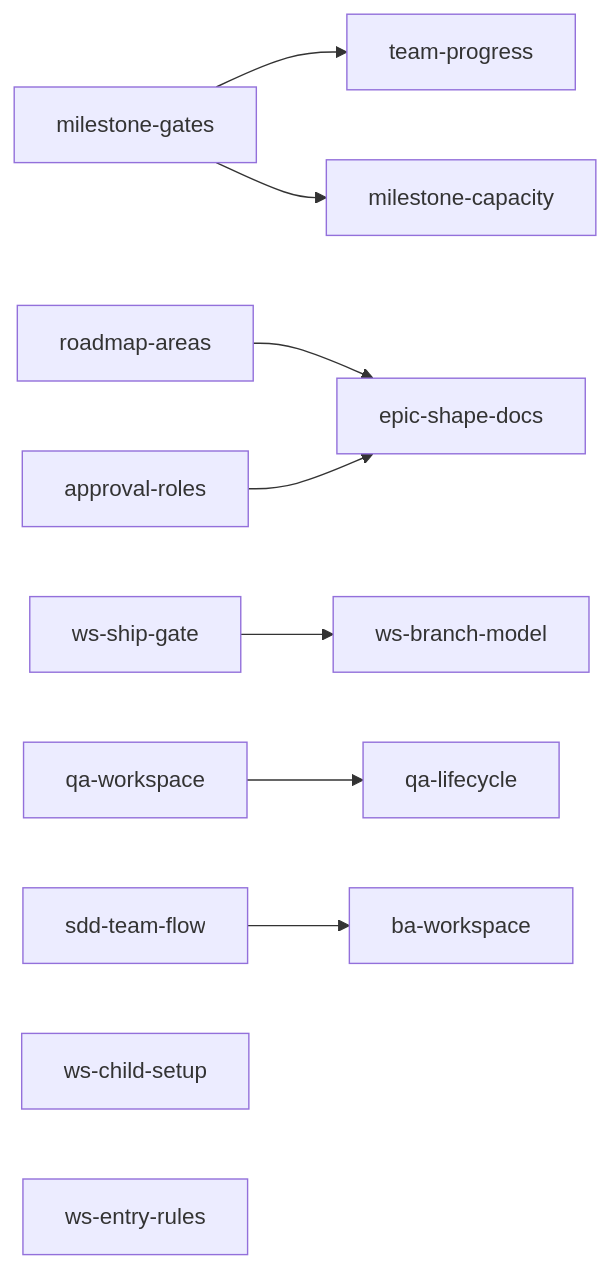
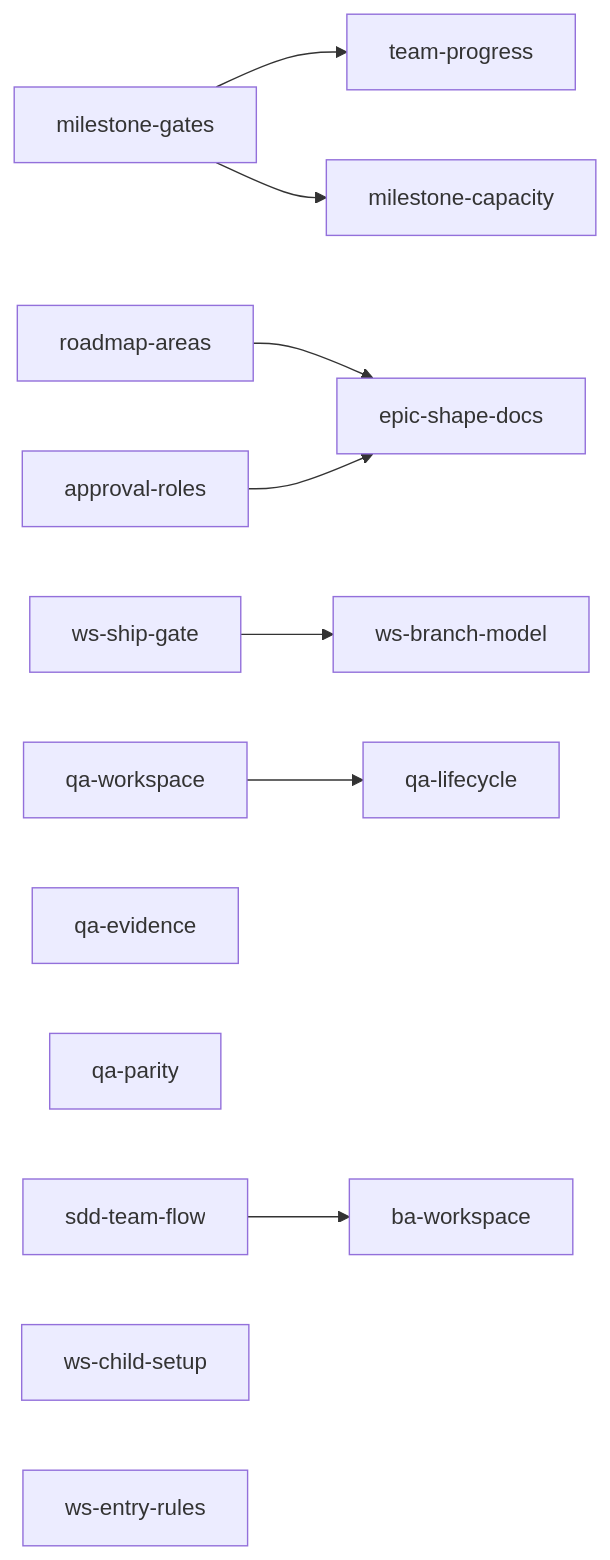
One commit to giangdhwhtbr/gin-workflow changed the diagram in .planning/roadmap.md. Above: the diagram before and after it, drawn with Mermaid. The commit also changed other lines of this file, not shown here.

Commit message:
docs(roadmap): qa-evidence and qa-parity epics; ws-branch-model takes BE-LEAD-13/16; qa-lifecycle as shipped

````diff
--- a/.planning/roadmap.md
+++ b/.planning/roadmap.md
@@ -48,12 +48,14 @@
 ```mermaid
 flowchart LR
     MG[milestone-gates] --> TP[team-progress]
     MG --> MC[milestone-capacity]
     RA[roadmap-areas] --> ES[epic-shape-docs]
     AR[approval-roles] --> ES
     SG[ws-ship-gate] --> BM[ws-branch-model]
     QW[qa-workspace] --> QL[qa-lifecycle]
+    QE[qa-evidence]
+    QP[qa-parity]
     SD[sdd-team-flow] --> BA[ba-workspace]
     CS[ws-child-setup]
     ER[ws-entry-rules]
 ```
````
